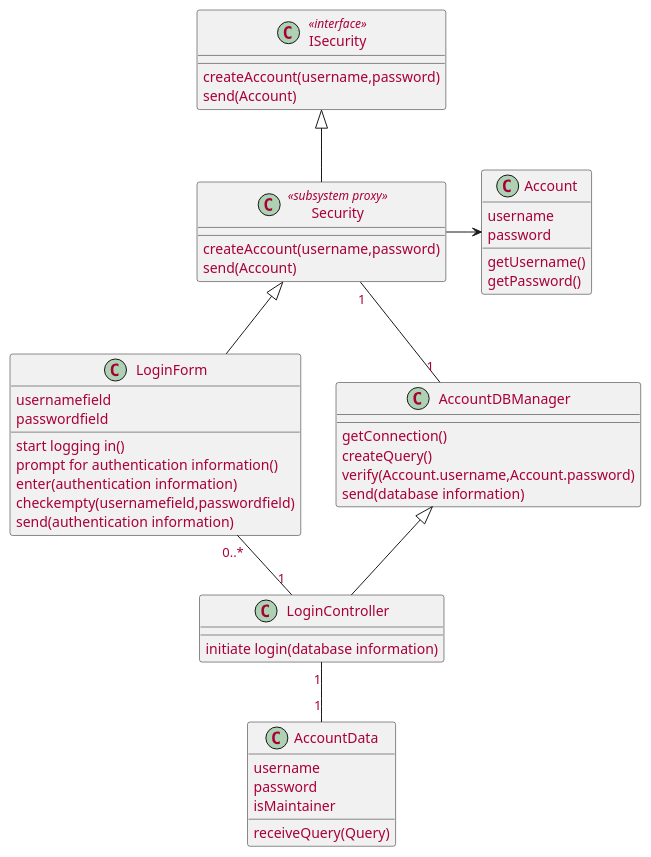
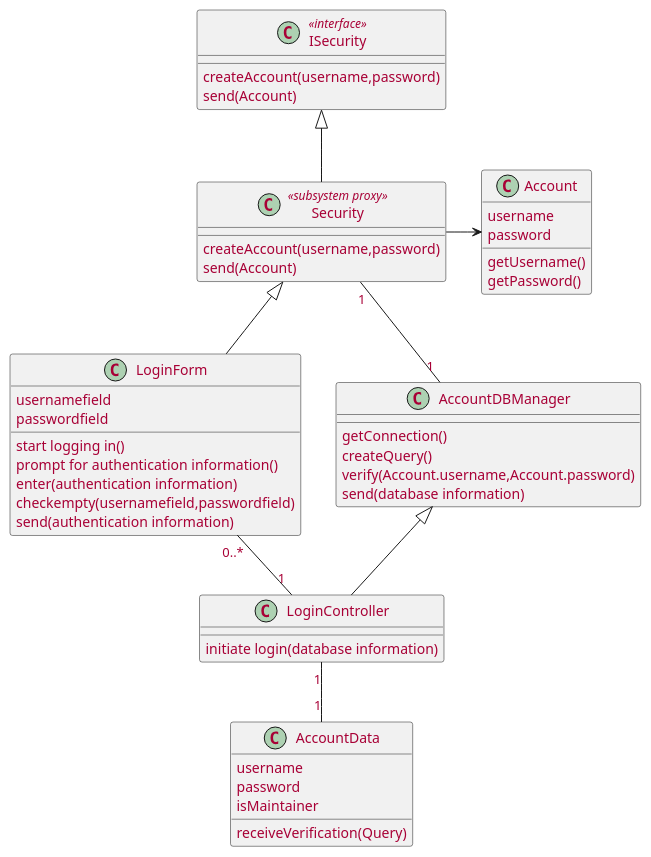
Before and after one commit to McSinyx/ipppi: the second of 6 diagrams in source/solution/use-case-design.rst, drawn with PlantUML.

```diff
--- a/source/solution/use-case-design.rst
+++ b/source/solution/use-case-design.rst
@@ -48,49 +48,49 @@
 .. uml::
 
    skinparam defaultFontColor #a80036
    
    class Account {
      username
      password
      getUsername()
      getPassword()
    }
 
    class LoginForm extends Security {
       usernamefield
       passwordfield
       start logging in()
       prompt for authentication information()
       enter(authentication information)
       checkempty(usernamefield,passwordfield)
       send(authentication information)
    }
    class ISecurity <<interface>> {
       createAccount(username,password)
       send(Account)  
    }
    class Security <<subsystem proxy>> extends ISecurity {
       createAccount(username,password)
       send(Account)
    }
    class AccountDBManager {
       getConnection()
       createQuery()
       verify(Account.username,Account.password)
       send(database information)
    }
    class LoginController extends AccountDBManager {
        initiate login(database information)
    }
    
    class AccountData {
        username
        password
        isMaintainer
-       receiveQuery(Query)
+       receiveVerification(Query)
    }
 
    LoginForm "0..*" -- "1" LoginController
    LoginController "1" -- "1" AccountData
    Security -> Account
    Security "1" -- "1" AccountDBManager
```
